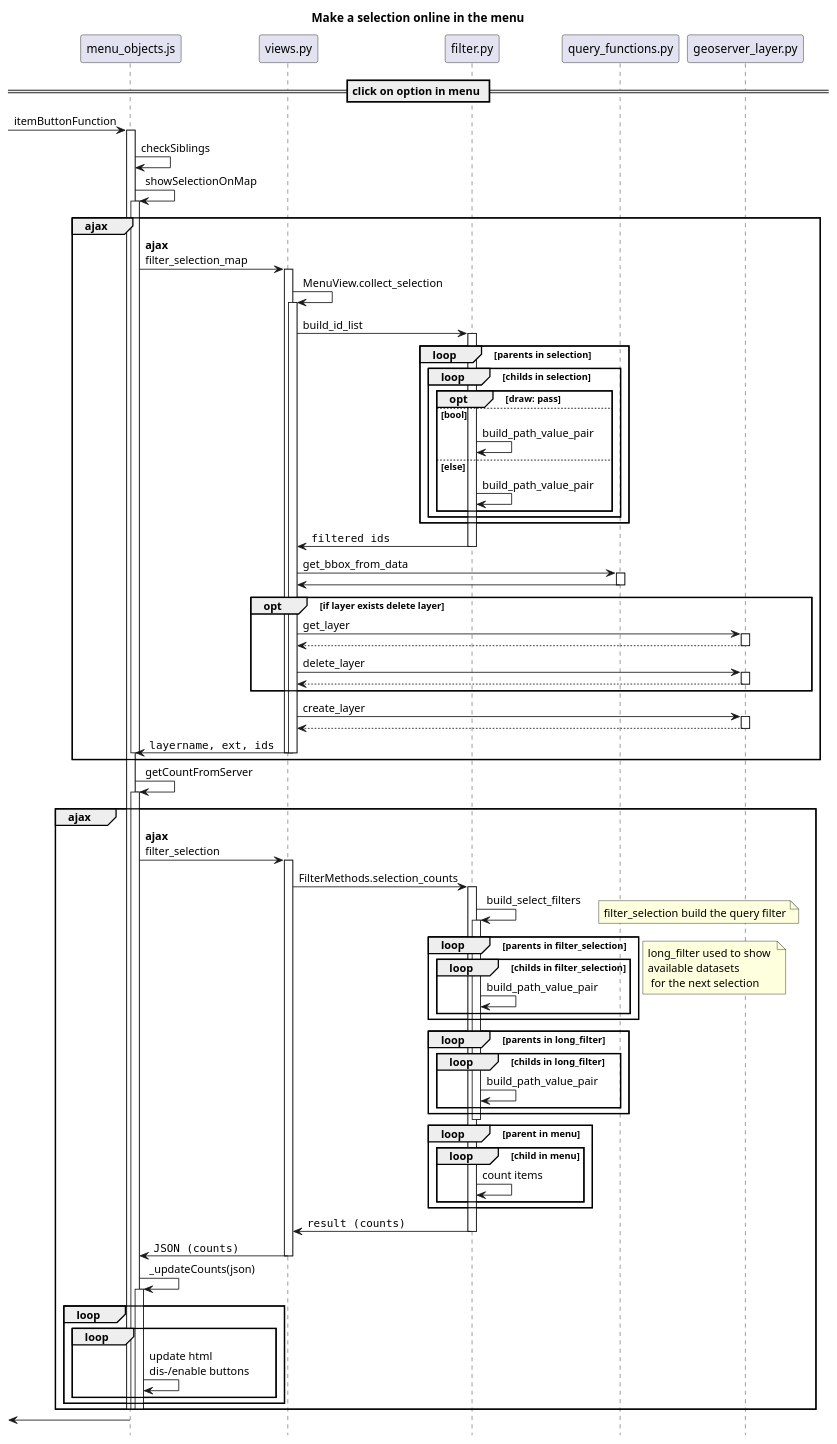
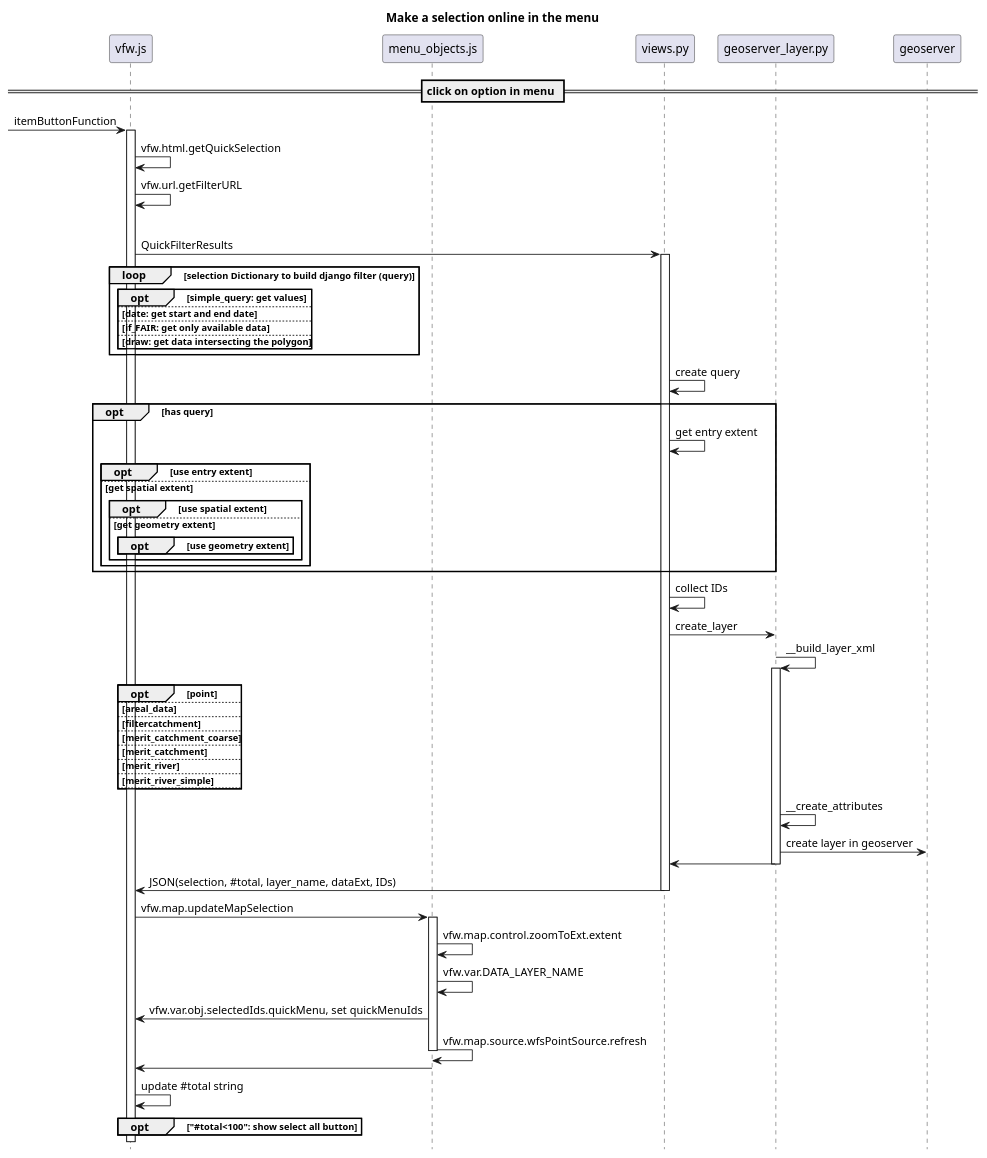
One commit to VForWaTer/vforwater-portal changed the diagram in diagrams/Seq_Selection.puml. Above: the diagram before and after it, drawn with PlantUML.

Commit message:
update puml for using the filter menu

```diff
--- a/diagrams/Seq_Selection.puml
+++ b/diagrams/Seq_Selection.puml
@@ -1,86 +1,64 @@
 @startuml
+
+participant vfw.js
+participant menu_objects.js
 title Make a selection online in the menu
 
 hide footbox
 
 
 == click on option in menu ==
 ' actor user #lightblue
-[-> menu_objects.js ++: itemButtonFunction
-menu_objects.js -> menu_objects.js: checkSiblings
-' checkSiblings checks what is clicked
-menu_objects.js -> menu_objects.js ++: showSelectionOnMap
+[-> vfw.js ++: itemButtonFunction
+vfw.js -> vfw.js: vfw.html.getQuickSelection
+vfw.js -> vfw.js: vfw.url.getFilterURL
 group ajax
-menu_objects.js -> views.py ++: **ajax**\nfilter_selection_map
-views.py -> views.py ++: MenuView.collect_selection
-views.py -> filter.py ++: build_id_list
-loop parents in selection
-    loop childs in selection
-        opt draw: pass
-        else bool
-            filter.py -> filter.py: build_path_value_pair
-        else else
-            filter.py -> filter.py: build_path_value_pair
+vfw.js -> views.py ++: QuickFilterResults
+loop selection Dictionary to build django filter (query)
+    opt simple_query: get values
+    else date: get start and end date
+    else if_FAIR: get only available data
+    else draw: get data intersecting the polygon
+    end
+end
+views.py -> views.py: create query
+opt has query
+    views.py -> views.py: get entry extent
+    opt use entry extent
+    else get spatial extent
+        opt use spatial extent
+        else get geometry extent
+            opt use geometry extent
+            end
         end
     end
 end
-views.py <- filter.py : ""filtered ids""
-deactivate filter.py
-views.py -> query_functions.py ++: get_bbox_from_data
-views.py <- query_functions.py --
-opt if layer exists delete layer
-    views.py -> geoserver_layer.py ++: get_layer
-    return
-
-    views.py -> geoserver_layer.py ++: delete_layer
-    return
+views.py -> views.py: collect IDs
+views.py -> geoserver_layer.py: create_layer
+geoserver_layer.py -> geoserver_layer.py ++: __build_layer_xml
+opt point
+else areal_data
+else filtercatchment
+else merit_catchment_coarse
+else merit_catchment
+else merit_river
+else merit_river_simple
+else
 end
-views.py -> geoserver_layer.py ++: create_layer
-return
-menu_objects.js <- views.py --: ""layername, ext, ids""
-deactivate views.py
-deactivate menu_objects.js
+geoserver_layer.py -> geoserver_layer.py: __create_attributes
+geoserver_layer.py -> geoserver: create layer in geoserver
+geoserver_layer.py -> views.py --:
+views.py -> vfw.js --: JSON(selection, #total, layer_name, dataExt, IDs)
+vfw.js -> menu_objects.js ++: vfw.map.updateMapSelection
+menu_objects.js -> menu_objects.js: vfw.map.control.zoomToExt.extent
+menu_objects.js -> menu_objects.js: vfw.var.DATA_LAYER_NAME
+menu_objects.js -> vfw.js: vfw.var.obj.selectedIds.quickMenu, set quickMenuIds
+menu_objects.js -> menu_objects.js --: vfw.map.source.wfsPointSource.refresh
+menu_objects.js -> vfw.js
+vfw.js -> vfw.js: update #total string
+opt "#total<100": show select all button
 end
-
-menu_objects.js -> menu_objects.js ++: getCountFromServer
-group ajax
-menu_objects.js -> views.py ++: **ajax**\nfilter_selection
-views.py -> filter.py ++: FilterMethods.selection_counts
-filter.py -> filter.py ++: build_select_filters
-loop parents in filter_selection
-note right: filter_selection build the query filter
-    loop childs in filter_selection
-        filter.py -> filter.py: build_path_value_pair
-    end
-end
-
-loop parents in long_filter
-    loop childs in long_filter
-note left: long_filter used to show \navailable datasets\n for the next selection
-        filter.py -> filter.py: build_path_value_pair
-    end
-end
-deactivate filter.py
-
-loop parent in menu
-    loop child in menu
-        filter.py -> filter.py: count items
-    end
-end
-views.py <- filter.py --: ""result (counts)""
-menu_objects.js <- views.py --: ""JSON (counts)""
-menu_objects.js -> menu_objects.js ++: _updateCounts(json)
-loop
-    loop
-        menu_objects.js -> menu_objects.js: update html \ndis-/enable buttons
-    end
-end
-deactivate menu_objects.js
-deactivate menu_objects.js
-deactivate menu_objects.js
-end
-[<- menu_objects.js
 
 
 
 @enduml
```
